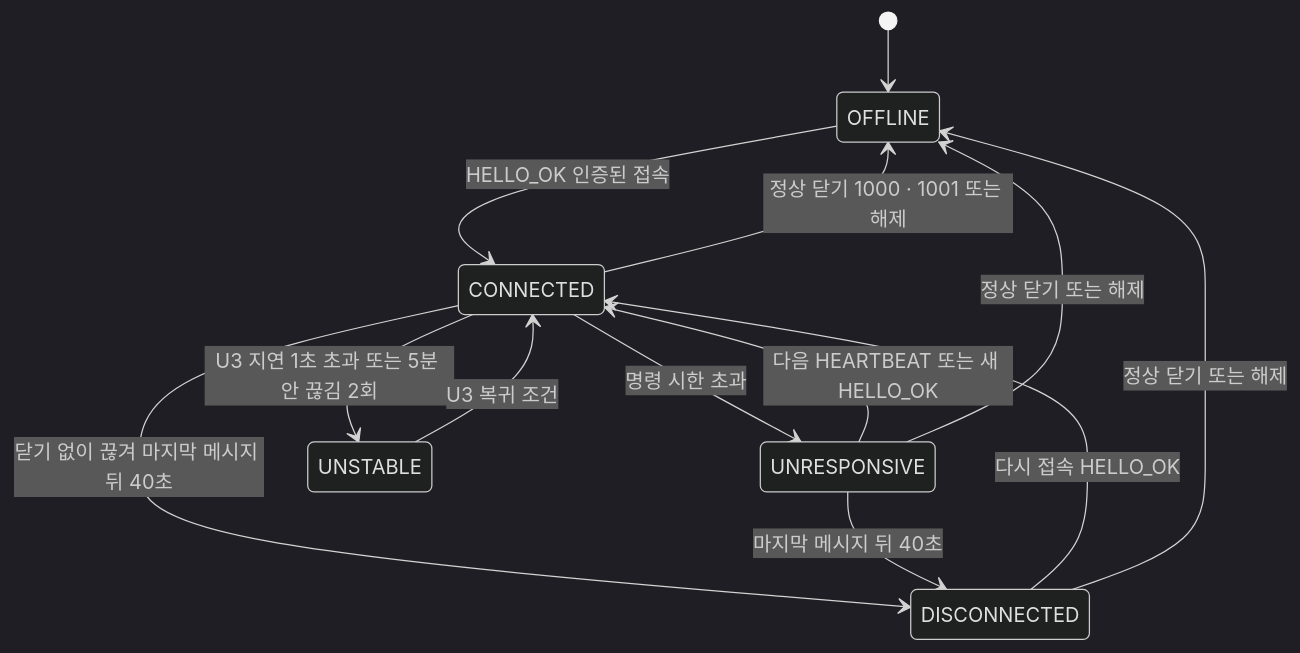
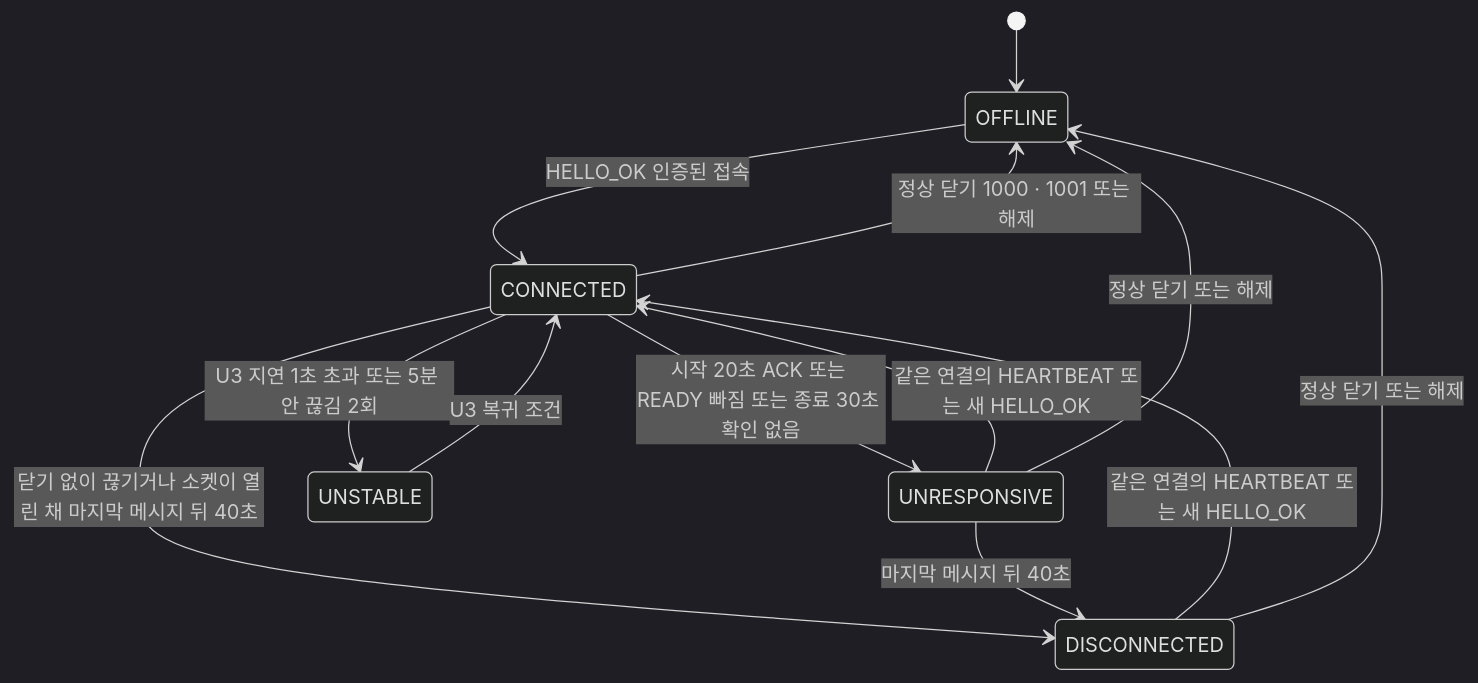
Before and after one commit to team-jomyung/mujungi: the second of 5 diagrams in aidlc/spaces/default/intents/261008-mujoong-service/construction/u1-walking-skeleton/functional-design/functional-spec.md, drawn with Mermaid (dark theme). The commit also changed other lines of this file and 5 other files, not shown here.

````diff
--- a/aidlc/spaces/default/intents/261008-mujoong-service/construction/u1-walking-skeleton/functional-design/functional-spec.md
+++ b/aidlc/spaces/default/intents/261008-mujoong-service/construction/u1-walking-skeleton/functional-design/functional-spec.md
@@ -184,15 +190,15 @@
 ```mermaid
 stateDiagram-v2
   [*] --> OFFLINE
   OFFLINE --> CONNECTED : HELLO_OK 인증된 접속
   CONNECTED --> OFFLINE : 정상 닫기 1000 · 1001 또는 해제
-  CONNECTED --> DISCONNECTED : 닫기 없이 끊겨 마지막 메시지 뒤 40초
-  DISCONNECTED --> CONNECTED : 다시 접속 HELLO_OK
+  CONNECTED --> DISCONNECTED : 닫기 없이 끊기거나 소켓이 열린 채 마지막 메시지 뒤 40초
+  DISCONNECTED --> CONNECTED : 같은 연결의 HEARTBEAT 또는 새 HELLO_OK
   DISCONNECTED --> OFFLINE : 정상 닫기 또는 해제
-  CONNECTED --> UNRESPONSIVE : 명령 시한 초과
-  UNRESPONSIVE --> CONNECTED : 다음 HEARTBEAT 또는 새 HELLO_OK
+  CONNECTED --> UNRESPONSIVE : 시작 20초 ACK 또는 READY 빠짐 또는 종료 30초 확인 없음
+  UNRESPONSIVE --> CONNECTED : 같은 연결의 HEARTBEAT 또는 새 HELLO_OK
   UNRESPONSIVE --> DISCONNECTED : 마지막 메시지 뒤 40초
   UNRESPONSIVE --> OFFLINE : 정상 닫기 또는 해제
   CONNECTED --> UNSTABLE : U3 지연 1초 초과 또는 5분 안 끊김 2회
   UNSTABLE --> CONNECTED : U3 복귀 조건
 ```
````
